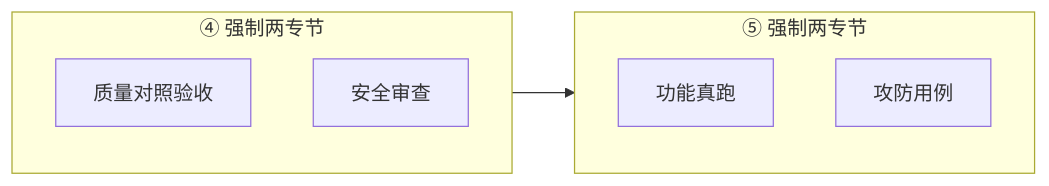
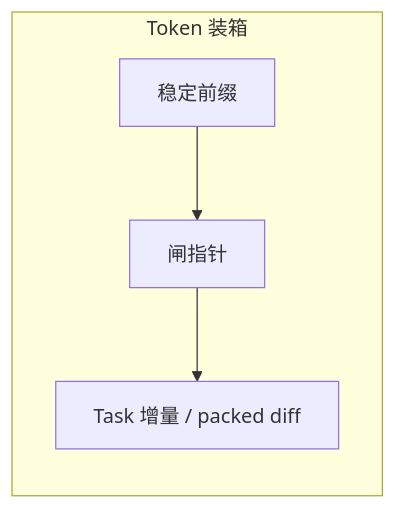
Before and after one commit to vx-zsck2020/DaiYu-Agent: the second of 3 diagrams in diagrams.md, drawn with Mermaid. The commit also changed other lines of this file and 15 other files, not shown here.

````diff
--- a/diagrams.md
+++ b/diagrams.md
@@ -19,12 +19,9 @@
 ```mermaid
 flowchart LR
-  subgraph g4["④ 强制两专节"]
-    Q["质量对照验收"]
-    S["安全审查"]
+  subgraph pack["Token 装箱"]
+    P["稳定前缀"]
+    I["闸指针"]
+    D["Task 增量 / packed diff"]
   end
-  subgraph g5["⑤ 强制两专节"]
-    F["功能真跑"]
-    A["攻防用例"]
-  end
-  g4 --> g5
+  P --> I --> D
 ```
````
